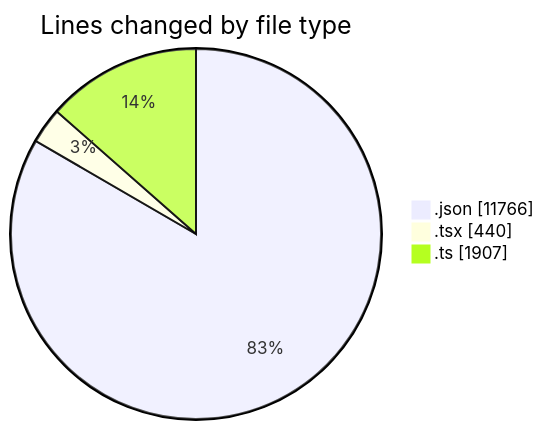
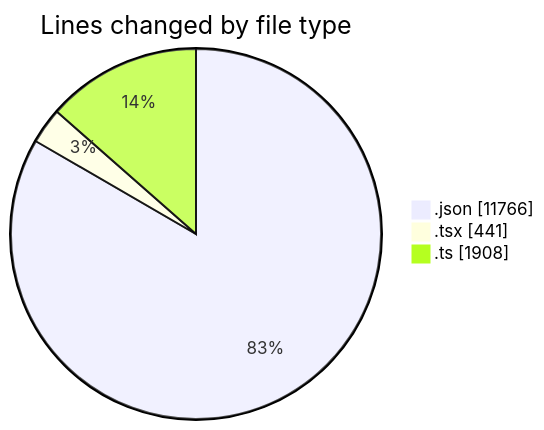
Before and after one commit to nxtqubesakshisongat/code-tracking: the first of 2 diagrams in 2026-04-16/airfeed-analytics-dashboard/README.md, drawn with Mermaid. The commit also changed other lines of this file and 1 other file, not shown here.

````diff
--- a/2026-04-16/airfeed-analytics-dashboard/README.md
+++ b/2026-04-16/airfeed-analytics-dashboard/README.md
@@ -29,7 +29,7 @@
 ```mermaid
 pie showData
 title Lines changed by file type
 ".json" : 11766
-".tsx" : 440
-".ts" : 1907
+".tsx" : 441
+".ts" : 1908
 ```
````
